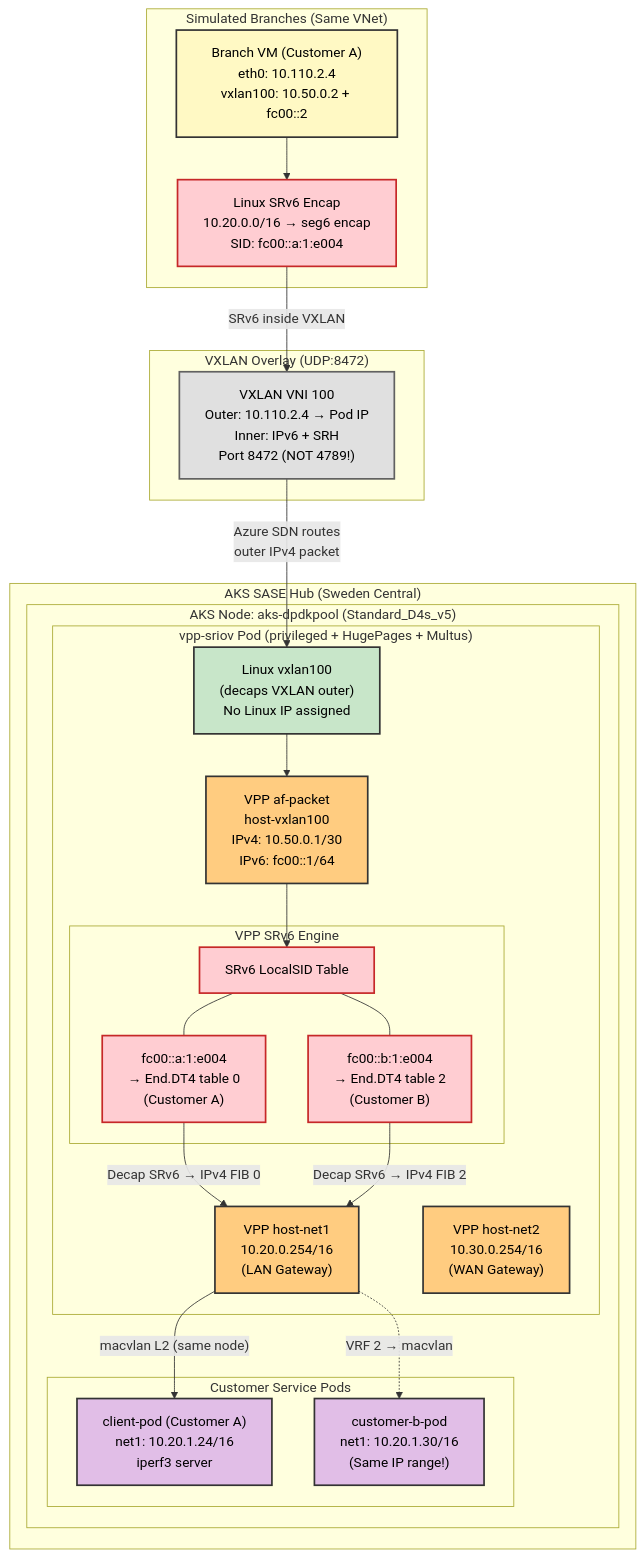
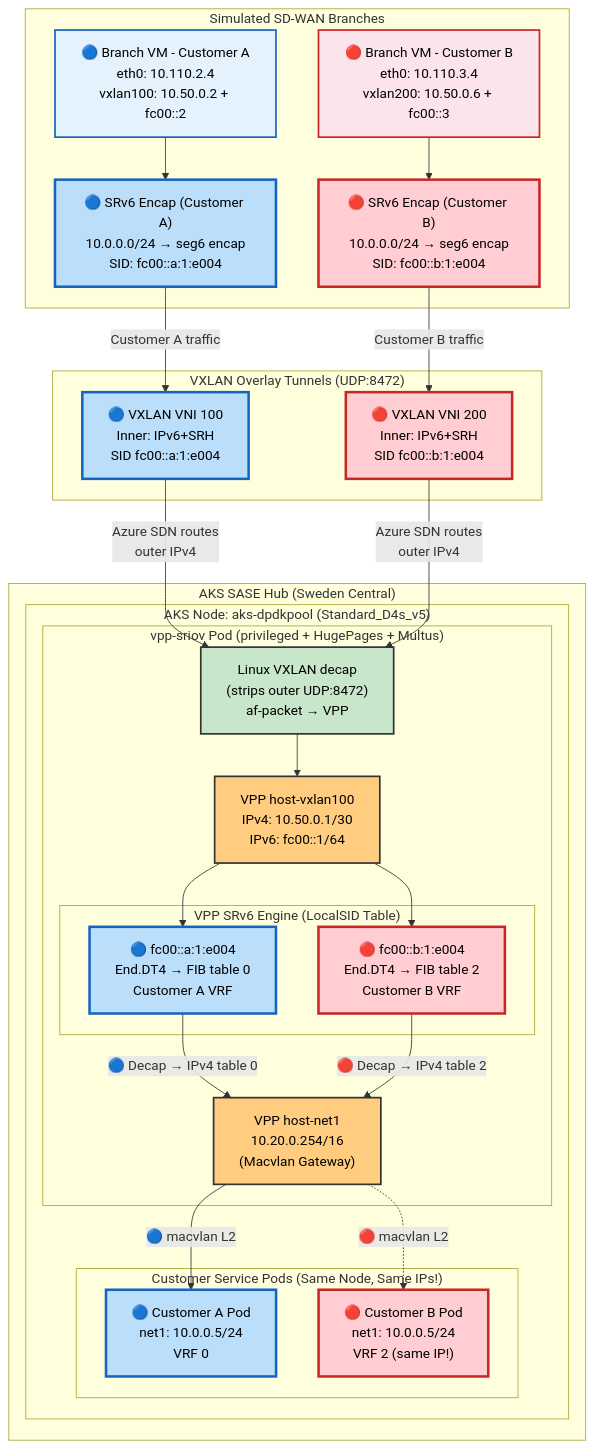
The diagram in aks-dpdk-poc/README.md (roie9876/SASE), drawn with Mermaid before and after one commit.

Commit message:
docs: Color-code Customer A (blue) and Customer B (red) in mermaid diagram

````diff
--- a/aks-dpdk-poc/README.md
+++ b/aks-dpdk-poc/README.md
@@ -92,57 +92,63 @@
 ```mermaid
 graph TD
-    classDef branch fill:#fff9c4,stroke:#333,stroke-width:2px,color:#000
+    classDef branchA fill:#e3f2fd,stroke:#1565c0,stroke-width:2px,color:#000
+    classDef branchB fill:#fce4ec,stroke:#c62828,stroke-width:2px,color:#000
     classDef azure fill:#bbdefb,stroke:#333,stroke-width:2px,color:#000
     classDef aks fill:#c8e6c9,stroke:#333,stroke-width:2px,color:#000
     classDef pod fill:#ffcc80,stroke:#333,stroke-width:2px,color:#000
-    classDef app fill:#e1bee7,stroke:#333,stroke-width:2px,color:#000
-    classDef srv6 fill:#ffcdd2,stroke:#c62828,stroke-width:2px,color:#000
+    classDef custA fill:#bbdefb,stroke:#1565c0,stroke-width:3px,color:#000
+    classDef custB fill:#ffcdd2,stroke:#c62828,stroke-width:3px,color:#000
     classDef tunnel fill:#e0e0e0,stroke:#616161,stroke-width:2px,color:#000
 
-    subgraph branches ["Simulated Branches (Same VNet)"]
-        B1["Branch VM (Customer A)<br/>eth0: 10.110.2.4<br/>vxlan100: 10.50.0.2 + fc00::2"]:::branch
-        B1_ENC["Linux SRv6 Encap<br/>10.20.0.0/16 → seg6 encap<br/>SID: fc00::a:1:e004"]:::srv6
+    subgraph branches ["Simulated SD-WAN Branches"]
+        B1["🔵 Branch VM - Customer A<br/>eth0: 10.110.2.4<br/>vxlan100: 10.50.0.2 + fc00::2"]:::branchA
+        B1_ENC["🔵 SRv6 Encap (Customer A)<br/>10.0.0.0/24 → seg6 encap<br/>SID: fc00::a:1:e004"]:::custA
+
+        B2["🔴 Branch VM - Customer B<br/>eth0: 10.110.3.4<br/>vxlan200: 10.50.0.6 + fc00::3"]:::branchB
+        B2_ENC["🔴 SRv6 Encap (Customer B)<br/>10.0.0.0/24 → seg6 encap<br/>SID: fc00::b:1:e004"]:::custB
+
         B1 --> B1_ENC
+        B2 --> B2_ENC
     end
 
-    subgraph tunnel_layer ["VXLAN Overlay (UDP:8472)"]
-        VXLAN_TUN["VXLAN VNI 100<br/>Outer: 10.110.2.4 → Pod IP<br/>Inner: IPv6 + SRH<br/>Port 8472 (NOT 4789!)"]:::tunnel
-        B1_ENC -->|"SRv6 inside VXLAN"| VXLAN_TUN
+    subgraph tunnel_layer ["VXLAN Overlay Tunnels (UDP:8472)"]
+        VXLAN_A["🔵 VXLAN VNI 100<br/>Inner: IPv6+SRH<br/>SID fc00::a:1:e004"]:::custA
+        VXLAN_B["🔴 VXLAN VNI 200<br/>Inner: IPv6+SRH<br/>SID fc00::b:1:e004"]:::custB
+        B1_ENC -->|"Customer A traffic"| VXLAN_A
+        B2_ENC -->|"Customer B traffic"| VXLAN_B
     end
 
     subgraph akshub ["AKS SASE Hub (Sweden Central)"]
         subgraph workernode ["AKS Node: aks-dpdkpool (Standard_D4s_v5)"]
             
             subgraph vpppod ["vpp-sriov Pod (privileged + HugePages + Multus)"]
-                LINUX_VXLAN["Linux vxlan100<br/>(decaps VXLAN outer)<br/>No Linux IP assigned"]:::aks
-                AFPACKET["VPP af-packet<br/>host-vxlan100<br/>IPv4: 10.50.0.1/30<br/>IPv6: fc00::1/64"]:::pod
+                LINUX_VXLAN["Linux VXLAN decap<br/>(strips outer UDP:8472)<br/>af-packet → VPP"]:::aks
+                AFPACKET["VPP host-vxlan100<br/>IPv4: 10.50.0.1/30<br/>IPv6: fc00::1/64"]:::pod
 
-                subgraph srv6_engine ["VPP SRv6 Engine"]
-                    SRV6_TABLE["SRv6 LocalSID Table"]:::srv6
-                    SID_A["fc00::a:1:e004<br/>→ End.DT4 table 0<br/>(Customer A)"]:::srv6
-                    SID_B["fc00::b:1:e004<br/>→ End.DT4 table 2<br/>(Customer B)"]:::srv6
-                    SRV6_TABLE --- SID_A
-                    SRV6_TABLE --- SID_B
+                subgraph srv6_engine ["VPP SRv6 Engine (LocalSID Table)"]
+                    SID_A["🔵 fc00::a:1:e004<br/>End.DT4 → FIB table 0<br/>Customer A VRF"]:::custA
+                    SID_B["🔴 fc00::b:1:e004<br/>End.DT4 → FIB table 2<br/>Customer B VRF"]:::custB
                 end
 
-                VPP_LAN["VPP host-net1<br/>10.20.0.254/16<br/>(LAN Gateway)"]:::pod
-                VPP_WAN["VPP host-net2<br/>10.30.0.254/16<br/>(WAN Gateway)"]:::pod
+                VPP_LAN["VPP host-net1<br/>10.20.0.254/16<br/>(Macvlan Gateway)"]:::pod
 
                 LINUX_VXLAN --> AFPACKET
-                AFPACKET --> SRV6_TABLE
-                SID_A -->|"Decap SRv6 → IPv4 FIB 0"| VPP_LAN
-                SID_B -->|"Decap SRv6 → IPv4 FIB 2"| VPP_LAN
+                AFPACKET --> SID_A
+                AFPACKET --> SID_B
+                SID_A -->|"🔵 Decap → IPv4 table 0"| VPP_LAN
+                SID_B -->|"🔴 Decap → IPv4 table 2"| VPP_LAN
             end
 
-            subgraph client_pods ["Customer Service Pods"]
-                PODA["client-pod (Customer A)<br/>net1: 10.20.1.24/16<br/>iperf3 server"]:::app
-                PODB["customer-b-pod<br/>net1: 10.20.1.30/16<br/>(Same IP range!)"]:::app
+            subgraph client_pods ["Customer Service Pods (Same Node, Same IPs!)"]
+                PODA["🔵 Customer A Pod<br/>net1: 10.0.0.5/24<br/>VRF 0"]:::custA
+                PODB["🔴 Customer B Pod<br/>net1: 10.0.0.5/24<br/>VRF 2 (same IP!)"]:::custB
             end
 
-            VPP_LAN -->|"macvlan L2 (same node)"| PODA
-            VPP_LAN -.->|"VRF 2 → macvlan"| PODB
+            VPP_LAN -->|"🔵 macvlan L2"| PODA
+            VPP_LAN -.->|"🔴 macvlan L2"| PODB
         end
     end
 
-    VXLAN_TUN -->|"Azure SDN routes<br/>outer IPv4 packet"| LINUX_VXLAN
+    VXLAN_A -->|"Azure SDN routes<br/>outer IPv4"| LINUX_VXLAN
+    VXLAN_B -->|"Azure SDN routes<br/>outer IPv4"| LINUX_VXLAN
 ```
````
